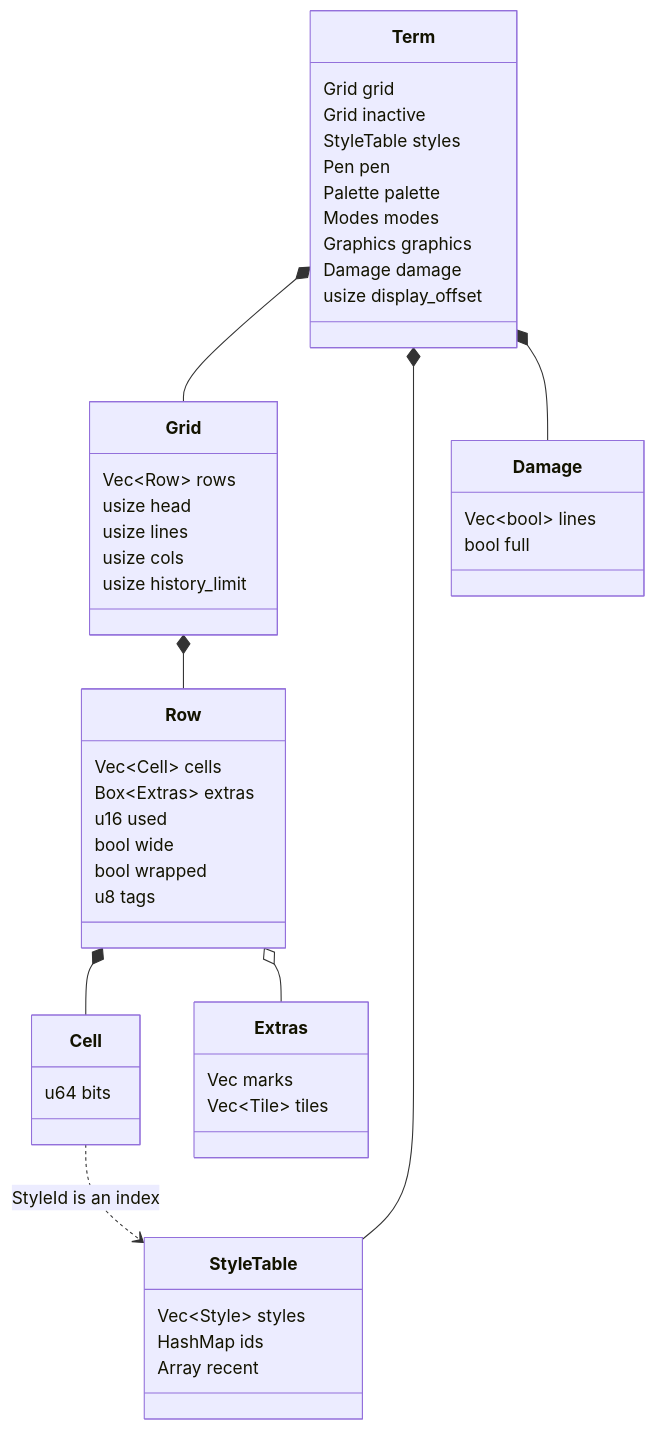
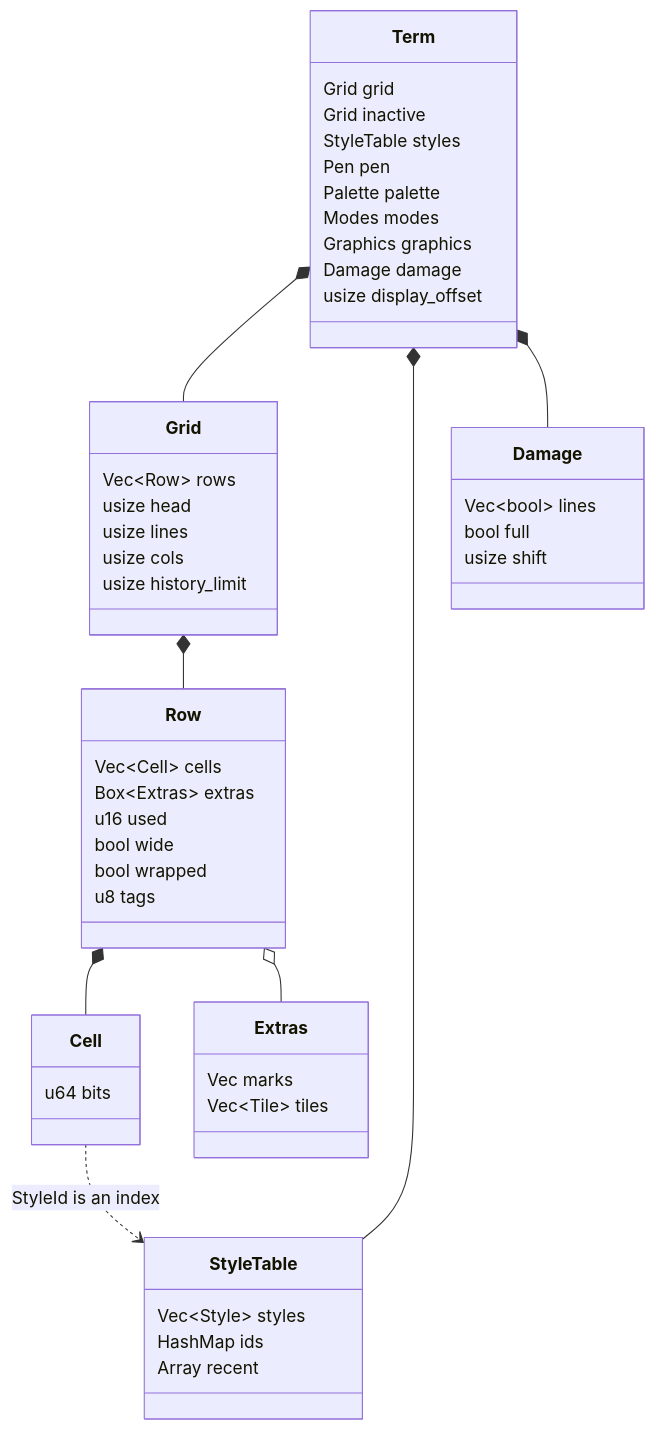
One commit to riya-amemiya/Dartel changed the sixth of 9 diagrams in docs/architecture.md. Above: the diagram before and after it, drawn with Mermaid. The commit also changed other lines of this file and 5 other files, not shown here.

````diff
--- a/docs/architecture.md
+++ b/docs/architecture.md
@@ -268,52 +268,53 @@
 ```mermaid
 classDiagram
     class Term {
         Grid grid
         Grid inactive
         StyleTable styles
         Pen pen
         Palette palette
         Modes modes
         Graphics graphics
         Damage damage
         usize display_offset
     }
     class Grid {
         Vec~Row~ rows
         usize head
         usize lines
         usize cols
         usize history_limit
     }
     class Row {
         Vec~Cell~ cells
         Box~Extras~ extras
         u16 used
         bool wide
         bool wrapped
         u8 tags
     }
     class Extras {
         Vec marks
         Vec~Tile~ tiles
     }
     class Cell {
         u64 bits
     }
     class StyleTable {
         Vec~Style~ styles
         HashMap ids
         Array recent
     }
     class Damage {
         Vec~bool~ lines
         bool full
+        usize shift
     }
     Term *-- Grid
     Term *-- StyleTable
     Term *-- Damage
     Grid *-- Row
     Row *-- Cell
     Row o-- Extras
     Cell ..> StyleTable : StyleId is an index
 ```
````
